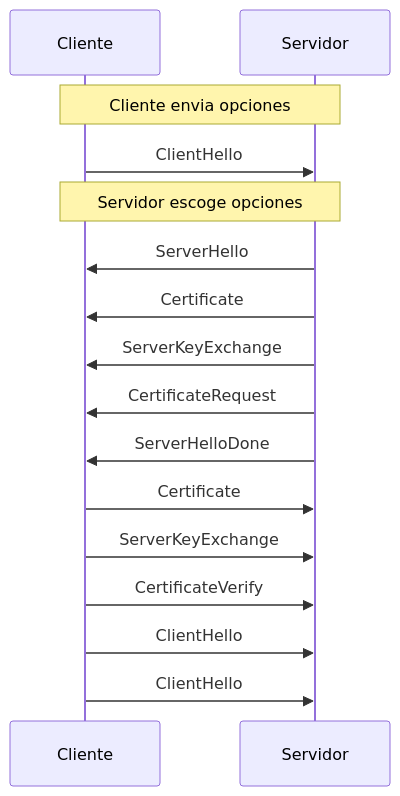
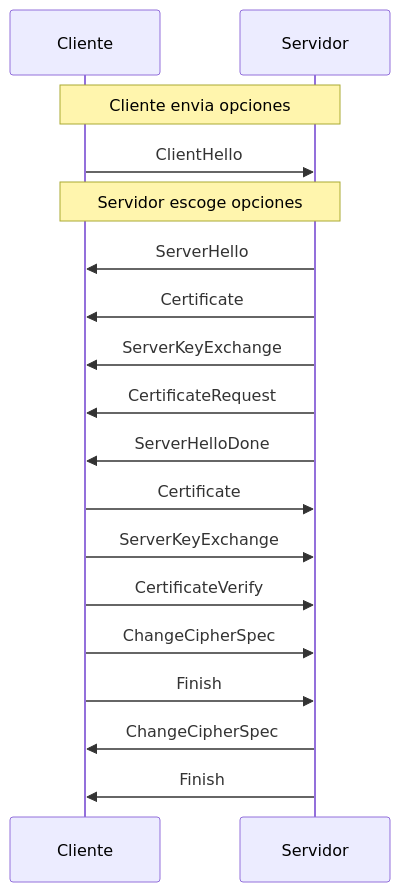
The diagram in 4S1/4S1_Sec/data/T4-4.md (uo294319/Notes), drawn with Mermaid before and after one commit.

Commit message:
Desktop-AAM 2025-11-25:9:46:23

````diff
--- a/4S1/4S1_Sec/data/T4-4.md
+++ b/4S1/4S1_Sec/data/T4-4.md
@@ -50,21 +50,24 @@
 ```mermaid
 sequenceDiagram
 	Note over Cliente,Servidor: Cliente envia opciones
 	Cliente->>Servidor: ClientHello
 	
 	Note over Cliente,Servidor: Servidor escoge opciones
 	Servidor->>Cliente: ServerHello
 	
 	Servidor->>Cliente: Certificate
 	Servidor->>Cliente: ServerKeyExchange
 	Servidor->>Cliente: CertificateRequest
 	
 	Servidor->>Cliente: ServerHelloDone
 	
 	Cliente->>Servidor: Certificate
 	Cliente->>Servidor: ServerKeyExchange
 	Cliente->>Servidor: CertificateVerify
 	
-	Cliente->>Servidor: ClientHello
-	Cliente->>Servidor: ClientHello
+	Cliente->>Servidor: ChangeCipherSpec
+	Cliente->>Servidor: Finish
+	
+	Servidor->>Cliente: ChangeCipherSpec
+	Servidor->>Cliente: Finish
 ```
````
